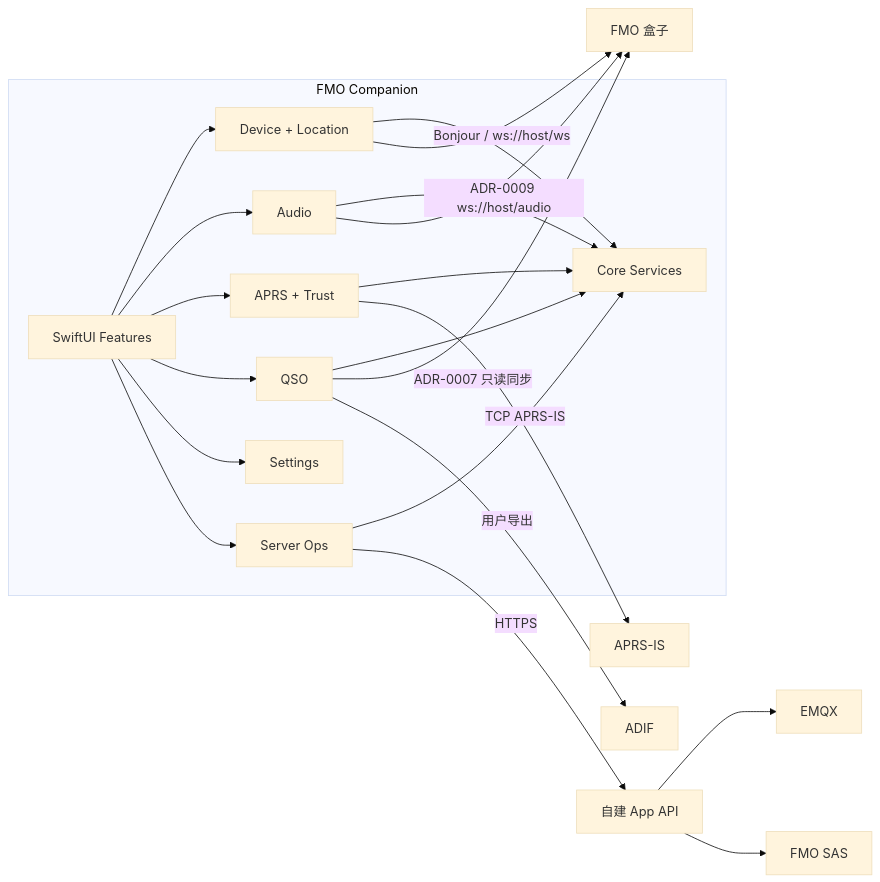
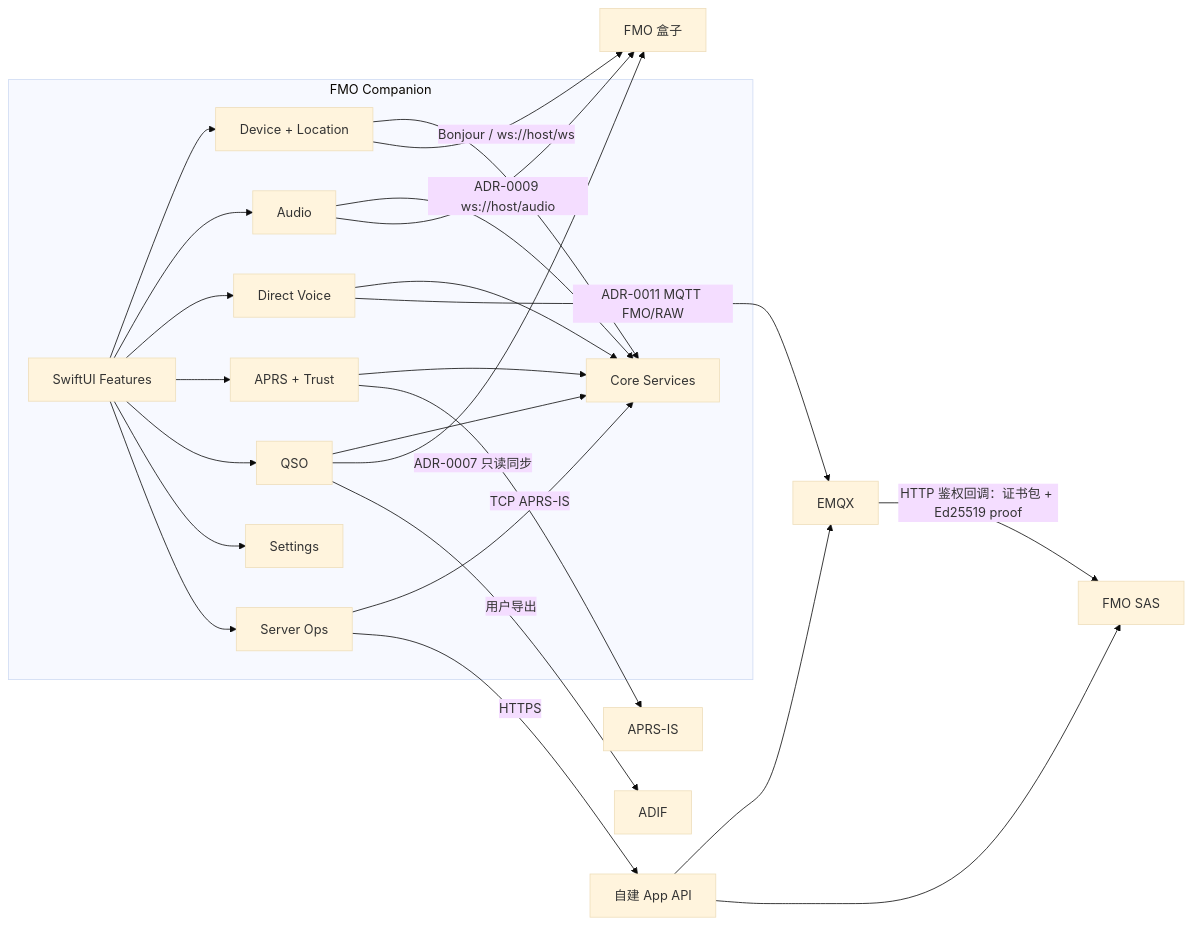
Before and after one commit to Johnson-LYS/FMO-Companion: the diagram in docs/architecture/overview.md, drawn with Mermaid (base theme). The commit also changed other lines of this file and 71 other files, not shown here.

Commit message:
feat: add experimental direct voice PTT client

````diff
--- a/docs/architecture/overview.md
+++ b/docs/architecture/overview.md
@@ -13,33 +13,38 @@
 ```mermaid
 flowchart LR
     subgraph IOS["FMO Companion"]
         UI["SwiftUI Features"]
         DEVICE["Device + Location"]
         AUDIO["Audio"]
+        VOICE["Direct Voice"]
         APRS["APRS + Trust"]
         QSO["QSO"]
         SETTINGS["Settings"]
         SERVER["Server Ops"]
         CORE["Core Services"]
         UI --> DEVICE
         UI --> AUDIO
+        UI --> VOICE
         UI --> APRS
         UI --> QSO
         UI --> SETTINGS
         UI --> SERVER
         DEVICE --> CORE
         AUDIO --> CORE
+        VOICE --> CORE
         APRS --> CORE
         QSO --> CORE
         SERVER --> CORE
     end
 
     DEVICE -->|"Bonjour / ws://host/ws"| BOX["FMO 盒子"]
     AUDIO -->|"ADR-0009 ws://host/audio"| BOX
+    VOICE -->|"ADR-0011 MQTT FMO/RAW"| EMQX["EMQX"]
+    EMQX -->|"HTTP 鉴权回调：证书包 + Ed25519 proof"| SAS["FMO SAS"]
     APRS -->|"TCP APRS-IS"| APRSIS["APRS-IS"]
     SERVER -->|"HTTPS"| API["自建 App API"]
-    API --> EMQX["EMQX"]
-    API --> SAS["FMO SAS"]
+    API --> EMQX
+    API --> SAS
     QSO -->|"ADR-0007 只读同步"| BOX
     QSO -->|"用户导出"| FILES["ADIF"]
 ```
````
